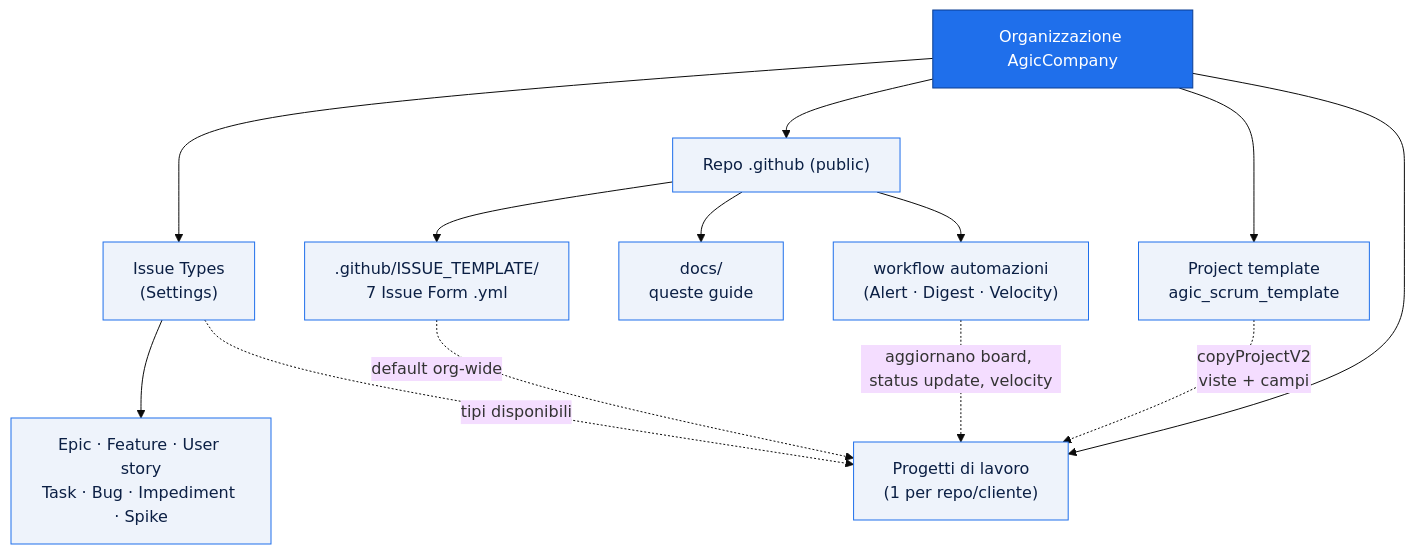
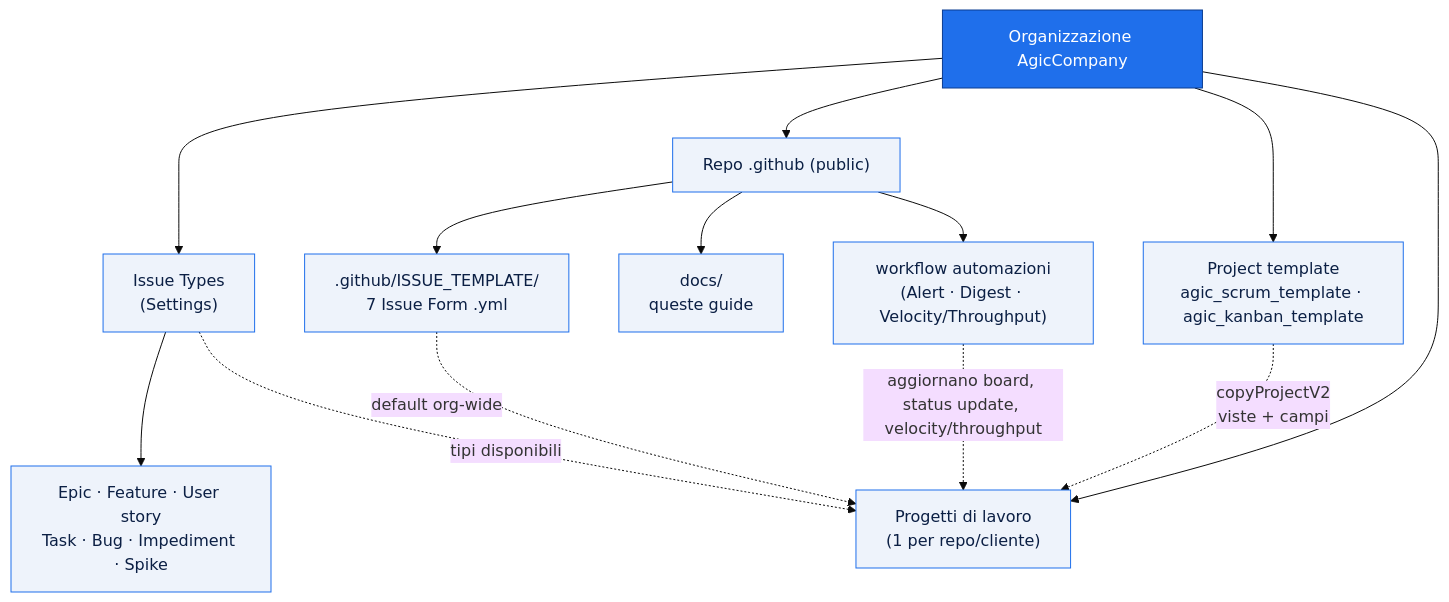
One commit to AgicCompany/.github changed the diagram in docs/README.md. Above: the diagram before and after it, drawn with Mermaid (base theme). The commit also changed other lines of this file, not shown here.

Commit message:
docs: make process overview inclusive of both Scrum and Kanban

````diff
--- a/docs/README.md
+++ b/docs/README.md
@@ -18,25 +19,25 @@
 ```mermaid
 flowchart TD
     ORG["Organizzazione AgicCompany"]
 
     ORG --> TYPES["Issue Types<br/>(Settings)"]
     ORG --> GH["Repo .github (public)"]
-    ORG --> TPL["Project template<br/>agic_scrum_template"]
+    ORG --> TPL["Project template<br/>agic_scrum_template · agic_kanban_template"]
     ORG --> WORK["Progetti di lavoro<br/>(1 per repo/cliente)"]
 
     TYPES --> T1["Epic · Feature · User story<br/>Task · Bug · Impediment · Spike"]
 
     GH --> FORMS[".github/ISSUE_TEMPLATE/<br/>7 Issue Form .yml"]
     GH --> DOCS["docs/<br/>queste guide"]
-    GH --> ALERTS["workflow automazioni<br/>(Alert · Digest · Velocity)"]
+    GH --> ALERTS["workflow automazioni<br/>(Alert · Digest · Velocity/Throughput)"]
 
     TPL -.->|copyProjectV2<br/>viste + campi| WORK
     FORMS -.->|default org-wide| WORK
     TYPES -.->|tipi disponibili| WORK
-    ALERTS -.->|aggiornano board, status update, velocity| WORK
+    ALERTS -.->|aggiornano board, status update, velocity/throughput| WORK
 
     classDef org fill:#1f6feb,stroke:#0b3d91,color:#fff;
     classDef node fill:#eef3fb,stroke:#1f6feb,color:#0b1f44;
     class ORG org;
     class TYPES,GH,TPL,WORK,T1,FORMS,DOCS,ALERTS node;
 ```
````
